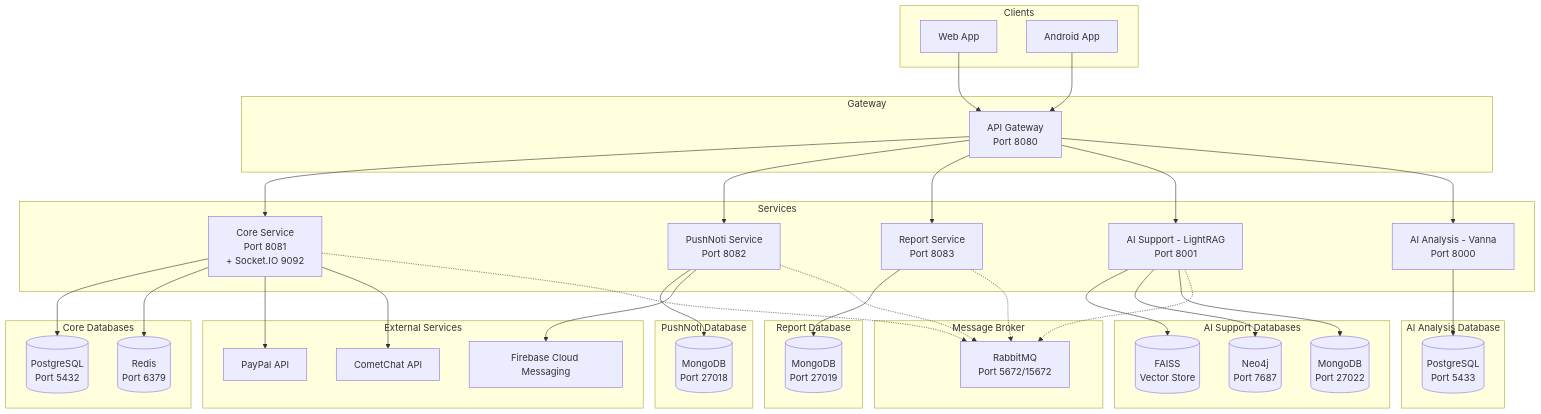
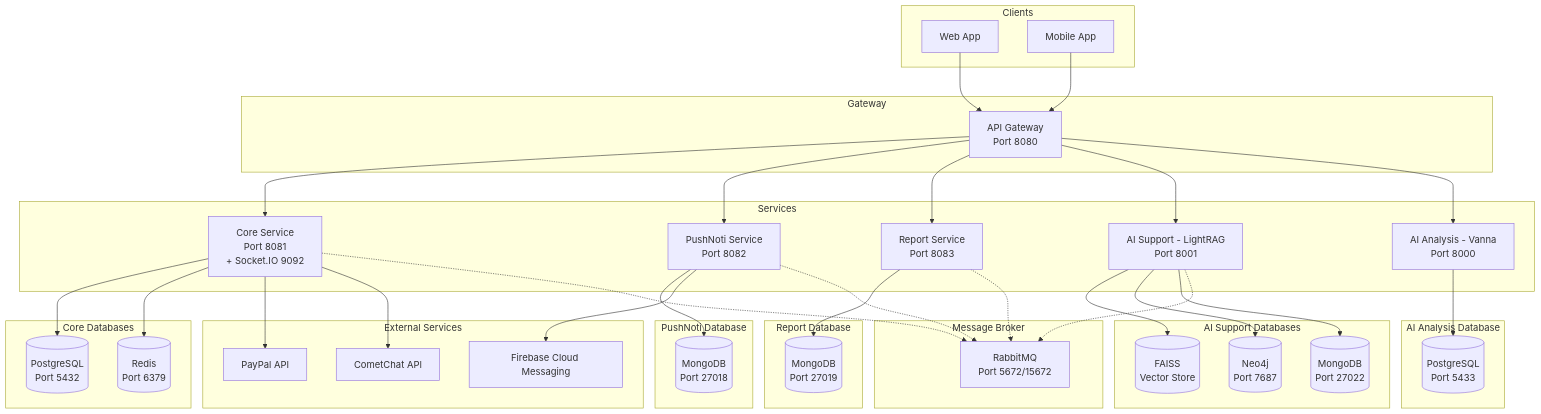
One commit to ISeeYou-Fortune-Telling-App/ISU-Backend-Production changed the diagram in README.md. Above: the diagram before and after it, drawn with Mermaid.

Commit message:
update Architecture Overview using mermaid

```diff
--- a/README.md
+++ b/README.md
@@ -28,7 +28,7 @@
 flowchart TB
     subgraph Clients
         WEB[Web App]
-        ANDROID[Android App]
+        ANDROID[Mobile App]
     end
 
     subgraph Gateway
```
